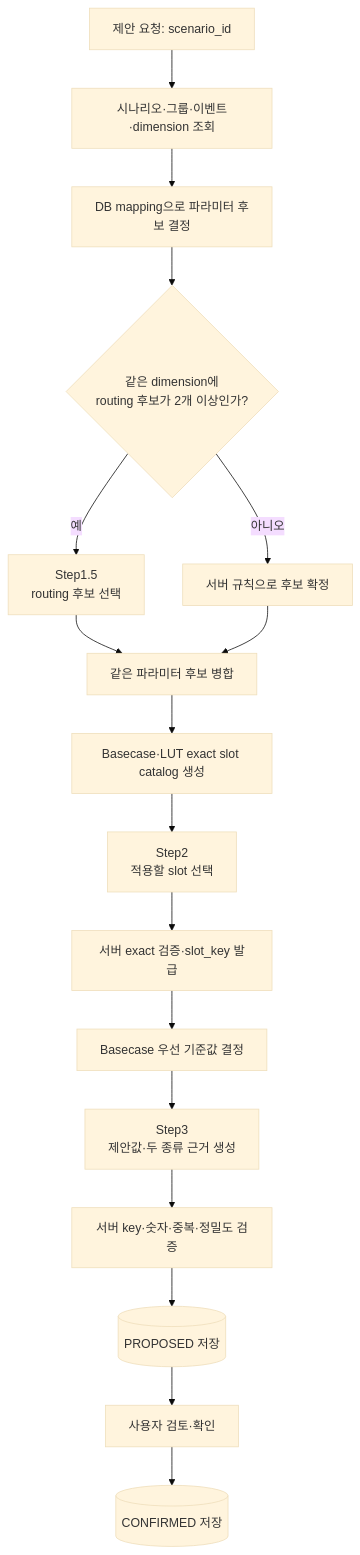
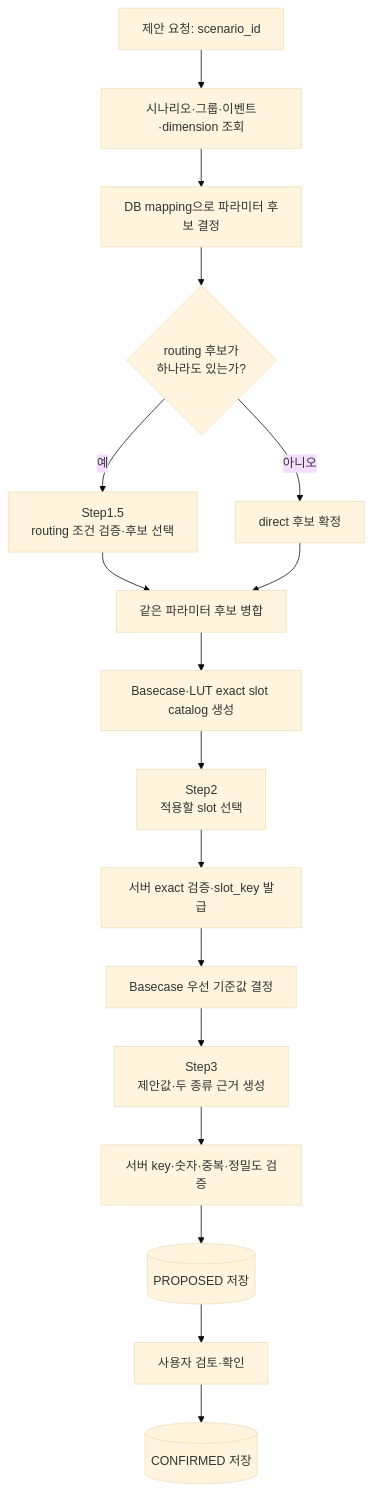
The first of 4 diagrams in apps/agents/model_parameter_agent/docs/04_MODEL_PARAMETER_AGENT_FLOW.md (enkhbaatarL/skmip-mi-agent), drawn with Mermaid (base theme) before and after one commit. The commit also changed other lines of this file and 53 other files, not shown here.

````diff
--- a/apps/agents/model_parameter_agent/docs/04_MODEL_PARAMETER_AGENT_FLOW.md
+++ b/apps/agents/model_parameter_agent/docs/04_MODEL_PARAMETER_AGENT_FLOW.md
@@ -26,19 +26,19 @@
 ```mermaid
 flowchart TD
     A[제안 요청: scenario_id] --> B[시나리오·그룹·이벤트·dimension 조회]
     B --> C[DB mapping으로 파라미터 후보 결정]
-    C --> D{같은 dimension에<br/>routing 후보가 2개 이상인가?}
-    D -- 예 --> E[Step1.5<br/>routing 후보 선택]
-    D -- 아니오 --> F[서버 규칙으로 후보 확정]
+    C --> D{routing 후보가<br/>하나라도 있는가?}
+    D -- 예 --> E[Step1.5<br/>routing 조건 검증·후보 선택]
+    D -- 아니오 --> F[direct 후보 확정]
     E --> G[같은 파라미터 후보 병합]
     F --> G
     G --> H[Basecase·LUT exact slot catalog 생성]
     H --> I[Step2<br/>적용할 slot 선택]
     I --> J[서버 exact 검증·slot_key 발급]
     J --> K[Basecase 우선 기준값 결정]
     K --> L[Step3<br/>제안값·두 종류 근거 생성]
     L --> M[서버 key·숫자·중복·정밀도 검증]
     M --> N[(PROPOSED 저장)]
     N --> O[사용자 검토·확인]
     O --> P[(CONFIRMED 저장)]
 ```
````
